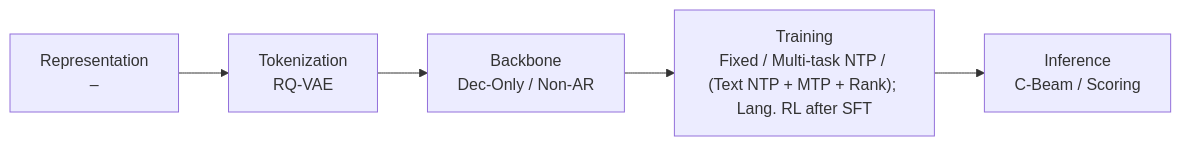
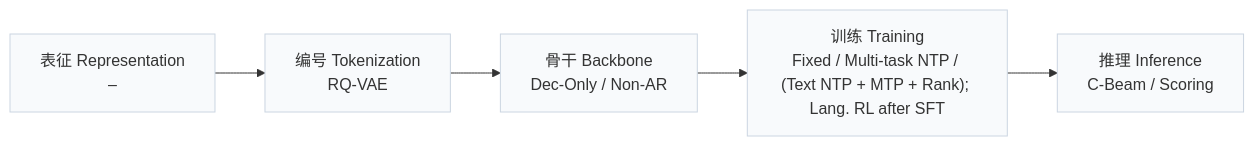
Before and after one commit to Galaxy-ghost/Awesome-SID-Generative-Rec: the first of 2 diagrams in pages/zh/papers/netflix-sid-comparison.md, drawn with Mermaid. The commit also changed other lines of this file and 649 other files, not shown here.

Commit message:
writer-05: also tags and modality index (schema, check, build, visuals); summary field removed; calibration data for 12 papers

````diff
--- a/pages/zh/papers/netflix-sid-comparison.md
+++ b/pages/zh/papers/netflix-sid-comparison.md
@@ -13,4 +15,6 @@
 ```mermaid
 flowchart LR
-    R["Representation<br/>–"] --> T["Tokenization<br/>RQ-VAE"] --> B["Backbone<br/>Dec-Only / Non-AR"] --> TR["Training<br/>Fixed / Multi-task NTP / (Text NTP + MTP + Rank); Lang. RL after SFT"] --> I["Inference<br/>C-Beam / Scoring"]
+    R["表征 Representation<br/>–"] --> T["编号 Tokenization<br/>RQ-VAE"] --> B["骨干 Backbone<br/>Dec-Only / Non-AR"] --> TR["训练 Training<br/>Fixed / Multi-task NTP / (Text NTP + MTP + Rank); Lang. RL after SFT"] --> I["推理 Inference<br/>C-Beam / Scoring"]
+    classDef base fill:#f8fafc,stroke:#cbd5e1
+    class R,T,B,TR,I base
 ```
````
